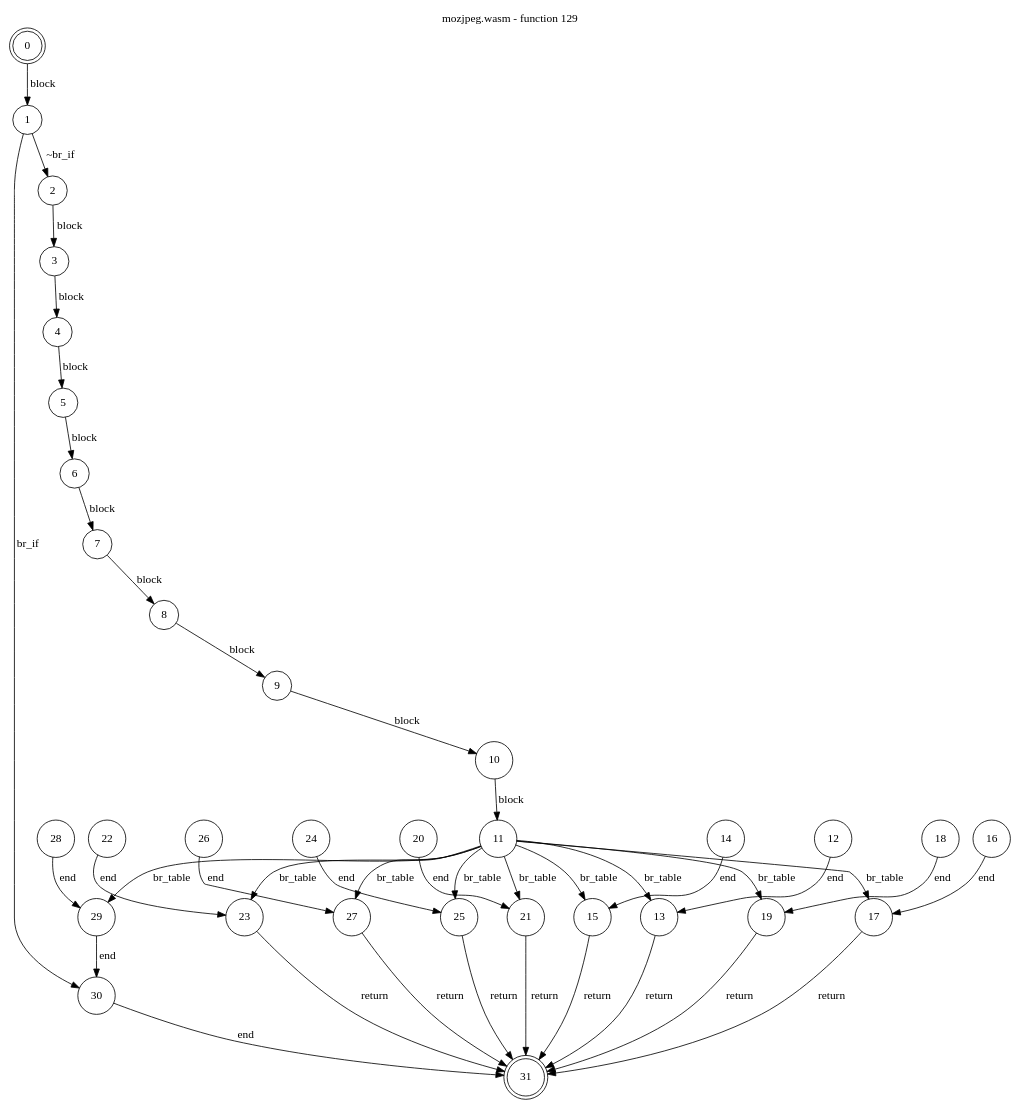
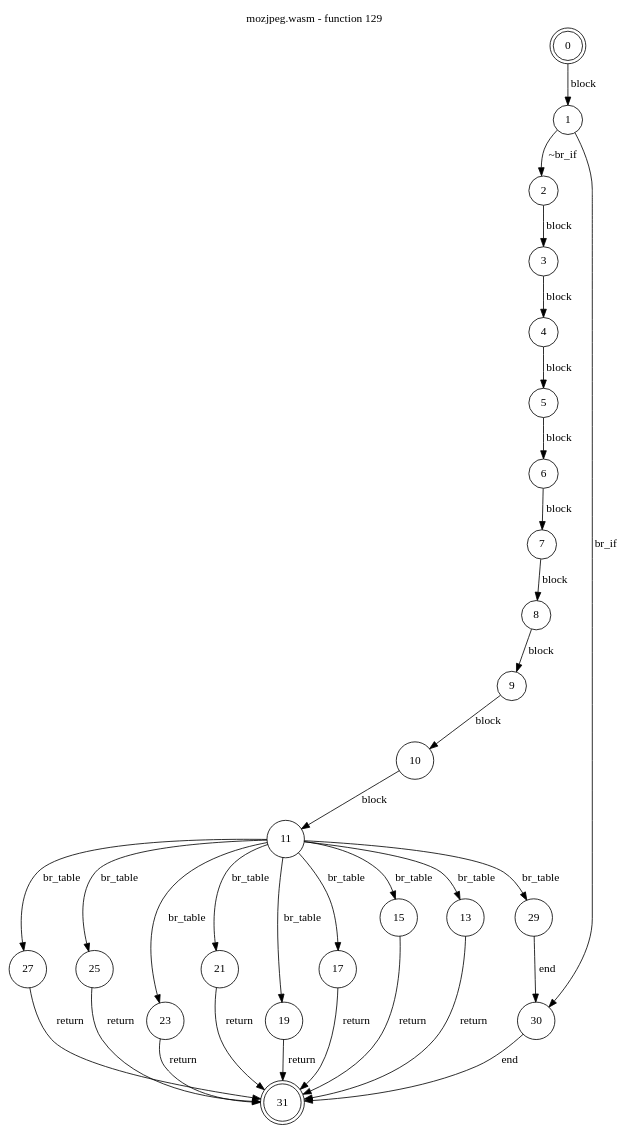
The diagram in test_cases/mozjpeg/funcs/mozjpeg-func129.dot (jsCarleton/wanalyze), drawn with Graphviz before and after one commit. The commit also changed 1234 other files, not shown here.

Commit message:
Don't display nodes with no successors in the flow graph

```diff
--- a/test_cases/mozjpeg/funcs/mozjpeg-func129.dot
+++ b/test_cases/mozjpeg/funcs/mozjpeg-func129.dot
@@ -1,49 +1,40 @@
 digraph finite_state_machine {
     label = "mozjpeg.wasm - function 129"
     labelloc =  t
     labelfontsize = 16
     labelfontcolor = black
     labelfontname = "Helvetica"
     node [shape = doublecircle]; 0 31;
     node [shape = circle];
-    0 -> 1[label = "block"];
-    1 -> 2[label = "~br_if"];
-    1 -> 30[label = "br_if"];
-    2 -> 3[label = "block"];
-    3 -> 4[label = "block"];
-    4 -> 5[label = "block"];
-    5 -> 6[label = "block"];
-    6 -> 7[label = "block"];
-    7 -> 8[label = "block"];
-    8 -> 9[label = "block"];
-    9 -> 10[label = "block"];
-    10 -> 11[label = "block"];
-    11 -> 29[label = "br_table"];
-    11 -> 27[label = "br_table"];
-    11 -> 25[label = "br_table"];
-    11 -> 23[label = "br_table"];
-    11 -> 21[label = "br_table"];
-    11 -> 19[label = "br_table"];
-    11 -> 17[label = "br_table"];
-    11 -> 15[label = "br_table"];
-    11 -> 13[label = "br_table"];
-    12 -> 13[label = "end"];
-    13 -> 31[label = "return"];
-    14 -> 15[label = "end"];
-    15 -> 31[label = "return"];
-    16 -> 17[label = "end"];
-    17 -> 31[label = "return"];
-    18 -> 19[label = "end"];
-    19 -> 31[label = "return"];
-    20 -> 21[label = "end"];
-    21 -> 31[label = "return"];
-    22 -> 23[label = "end"];
-    23 -> 31[label = "return"];
-    24 -> 25[label = "end"];
-    25 -> 31[label = "return"];
-    26 -> 27[label = "end"];
-    27 -> 31[label = "return"];
-    28 -> 29[label = "end"];
-    29 -> 30[label = "end"];
-    30 -> 31[label = "end"];
+    0 -> 1[label="block"];
+    1 -> 2[label="~br_if"];
+    1 -> 30[label="br_if"];
+    2 -> 3[label="block"];
+    3 -> 4[label="block"];
+    4 -> 5[label="block"];
+    5 -> 6[label="block"];
+    6 -> 7[label="block"];
+    7 -> 8[label="block"];
+    8 -> 9[label="block"];
+    9 -> 10[label="block"];
+    10 -> 11[label="block"];
+    11 -> 29[label="br_table"];
+    11 -> 27[label="br_table"];
+    11 -> 25[label="br_table"];
+    11 -> 23[label="br_table"];
+    11 -> 21[label="br_table"];
+    11 -> 19[label="br_table"];
+    11 -> 17[label="br_table"];
+    11 -> 15[label="br_table"];
+    11 -> 13[label="br_table"];
+    13 -> 31[label="return"];
+    15 -> 31[label="return"];
+    17 -> 31[label="return"];
+    19 -> 31[label="return"];
+    21 -> 31[label="return"];
+    23 -> 31[label="return"];
+    25 -> 31[label="return"];
+    27 -> 31[label="return"];
+    29 -> 30[label="end"];
+    30 -> 31[label="end"];
 }
```
